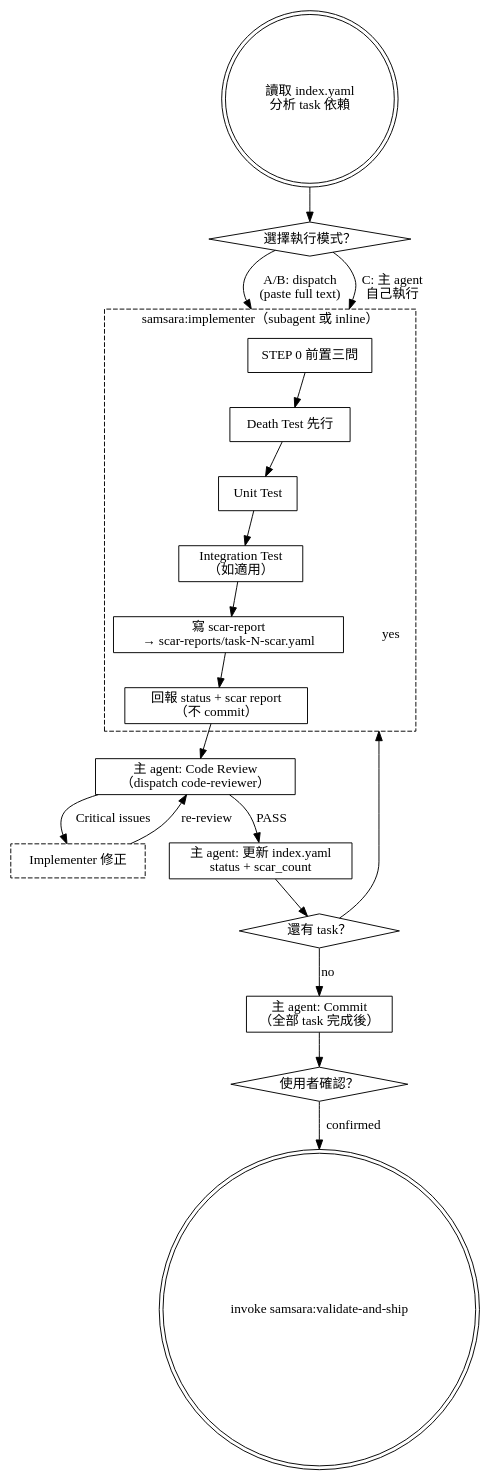
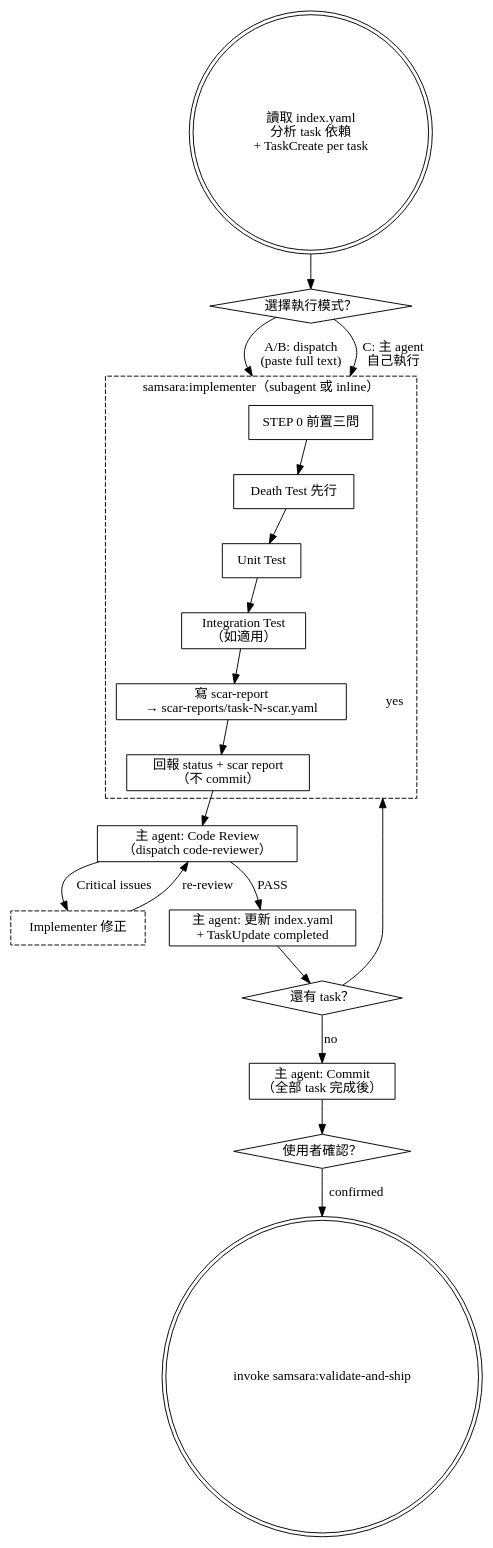
Before and after one commit to roymondliao/kaleidoscope-tools: the diagram in samsara/skills/implement/SKILL.md, drawn with Graphviz. The commit also changed other lines of this file, not shown here.

First line of the commit message:
feat(samsara): add progress tracking via TaskCreate/TaskUpdate in implement skill

````diff
--- a/samsara/skills/implement/SKILL.md
+++ b/samsara/skills/implement/SKILL.md
@@ -21,48 +21,48 @@
 ```dot
 digraph implement {
     node [shape=box];
     compound=true;
 
-    start [label="讀取 index.yaml\n分析 task 依賴" shape=doublecircle];
+    start [label="讀取 index.yaml\n分析 task 依賴\n+ TaskCreate per task" shape=doublecircle];
     mode [label="選擇執行模式？" shape=diamond];
 
     subgraph cluster_implementer {
         label="samsara:implementer（subagent 或 inline）";
         style=dashed;
         step0 [label="STEP 0 前置三問"];
         death_test [label="Death Test 先行"];
         unit_test [label="Unit Test"];
         integration [label="Integration Test\n（如適用）"];
         scar [label="寫 scar-report\n→ scar-reports/task-N-scar.yaml"];
         report [label="回報 status + scar report\n（不 commit）"];
     }
 
     review [label="主 agent: Code Review\n（dispatch code-reviewer）"];
     fix [label="Implementer 修正" style=dashed];
-    update [label="主 agent: 更新 index.yaml\nstatus + scar_count"];
+    update [label="主 agent: 更新 index.yaml\n+ TaskUpdate completed"];
     more [label="還有 task？" shape=diamond];
     commit [label="主 agent: Commit\n（全部 task 完成後）"];
     gate [label="使用者確認？" shape=diamond];
     next [label="invoke samsara:validate-and-ship" shape=doublecircle];
 
     start -> mode;
     mode -> step0 [label="A/B: dispatch\n(paste full text)" lhead=cluster_implementer];
     mode -> step0 [label="C: 主 agent\n自己執行" lhead=cluster_implementer];
 
     step0 -> death_test;
     death_test -> unit_test;
     unit_test -> integration;
     integration -> scar;
     scar -> report;
 
     report -> review;
     review -> update [label="PASS"];
     review -> fix [label="Critical issues"];
     fix -> review [label="re-review"];
     update -> more;
     more -> step0 [label="yes" lhead=cluster_implementer];
     more -> commit [label="no"];
     commit -> gate;
     gate -> next [label="confirmed"];
 }
 ```
````
